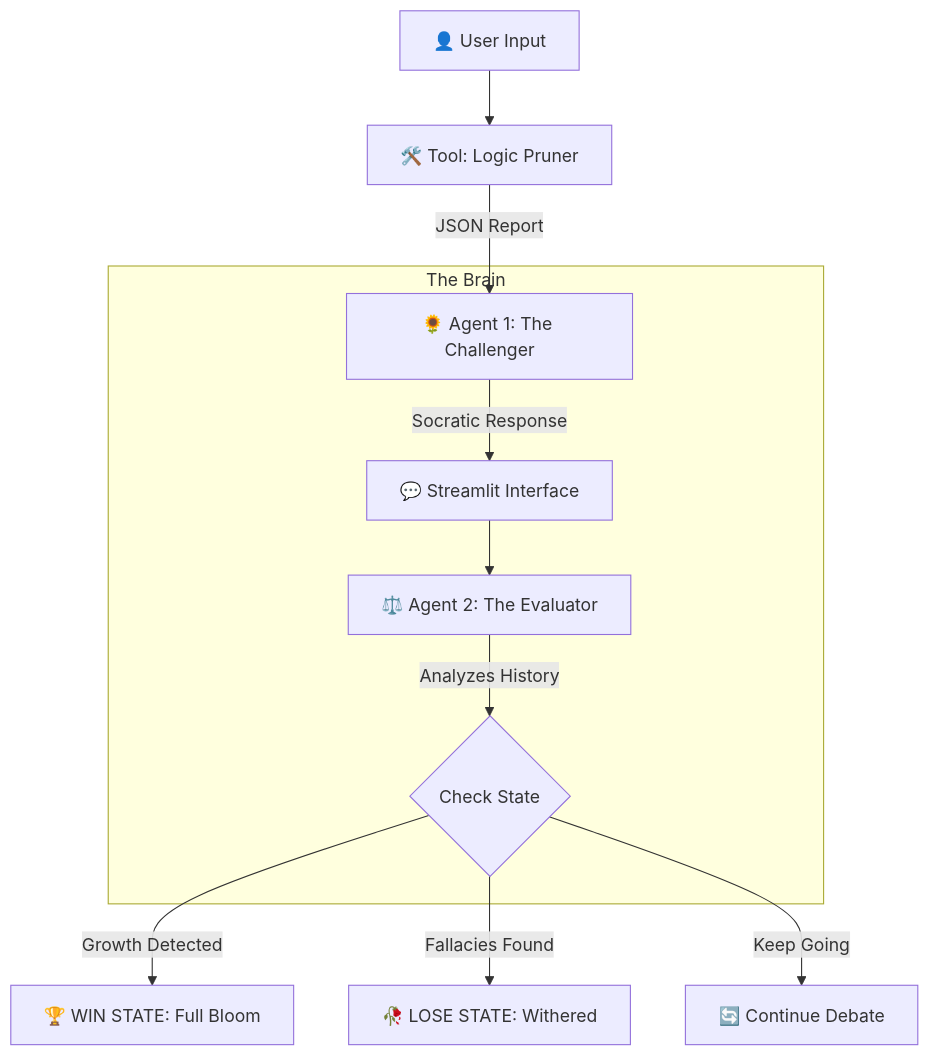
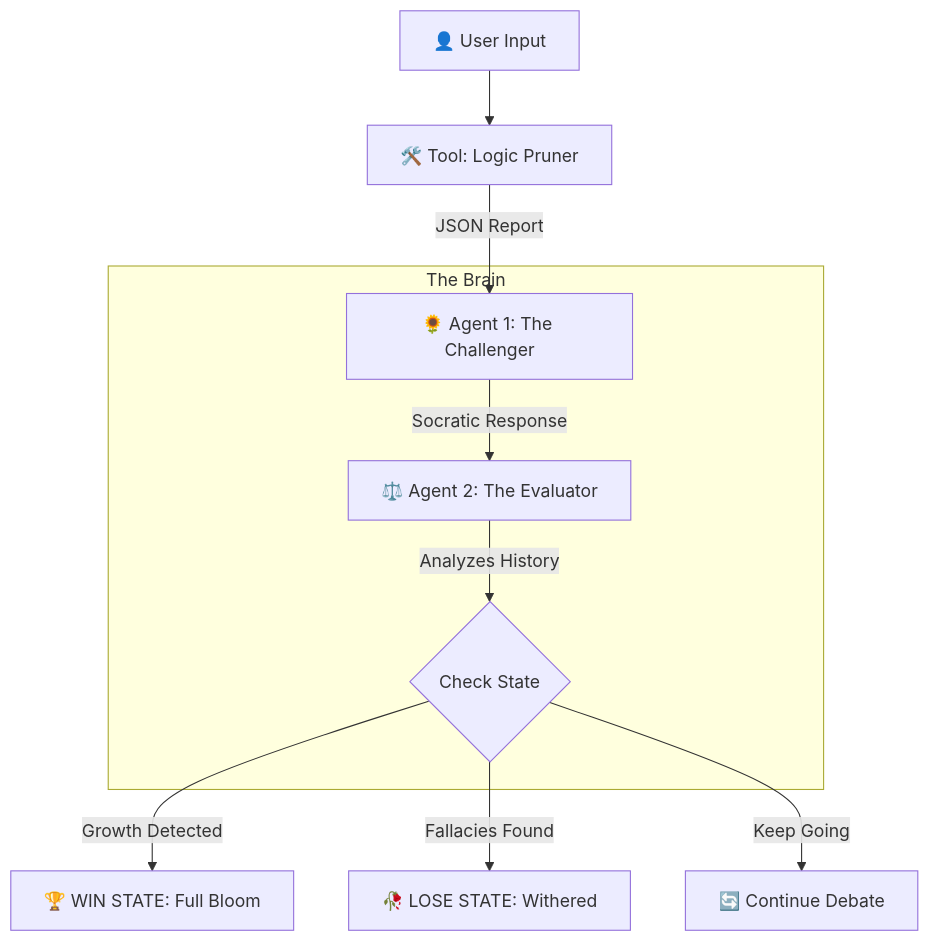
The diagram in README.md (Rohinikm26/blooms-challenger), drawn with Mermaid before and after one commit. The commit also changed other lines of this file, not shown here.

````diff
--- a/README.md
+++ b/README.md
@@ -61,17 +61,15 @@
 ```mermaid
 graph TD
     User[👤 User Input] --> Tool[🛠️ Tool: Logic Pruner]
     Tool -- "JSON Report" --> AgentA
     
     subgraph "The Brain"
         AgentA[🌻 Agent 1: The Challenger]
-        AgentA -- "Socratic Response" --> UI[💬 Streamlit Interface]
-        
-        UI --> AgentB[⚖️ Agent 2: The Evaluator]
+        AgentA -- "Socratic Response" --> AgentB[⚖️ Agent 2: The Evaluator]
         AgentB -- "Analyzes History" --> State{Check State}
     end
     
     State -- "Growth Detected" --> Win[🏆 WIN STATE: Full Bloom]
     State -- "Fallacies Found" --> Lose[🥀 LOSE STATE: Withered]
     State -- "Keep Going" --> DebateLoop[🔄 Continue Debate]
 ```
````
